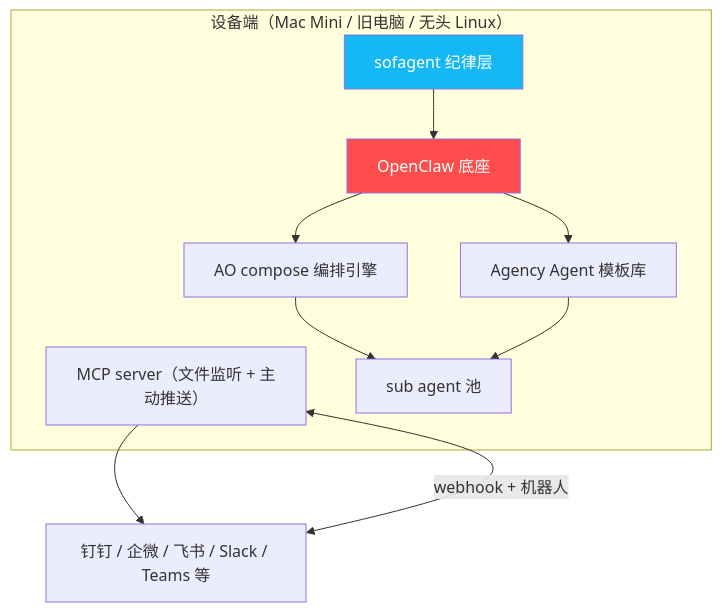
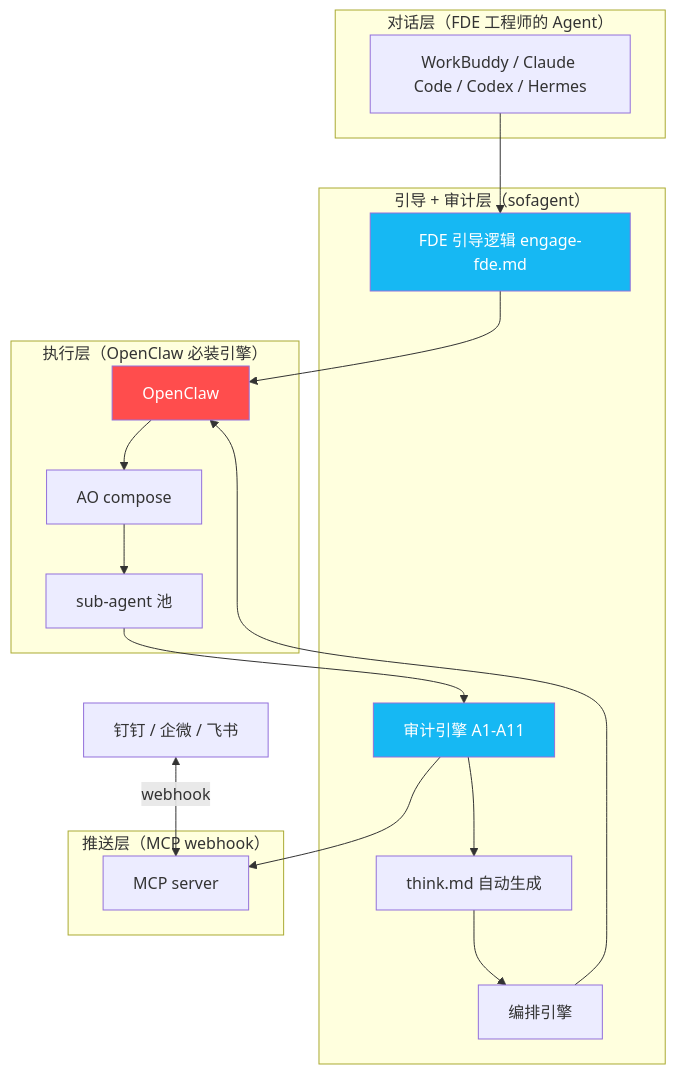
The diagram in ROADMAP.md (KongFangXun/sofagent), drawn with Mermaid before and after one commit. The commit also changed other lines of this file and 161 other files, not shown here.

````diff
--- a/ROADMAP.md
+++ b/ROADMAP.md
@@ -269,22 +277,39 @@
 ```mermaid
 flowchart TB
-    subgraph device["设备端（Mac Mini / 旧电脑 / 无头 Linux）"]
-        sofagent["sofagent 纪律层"]
-        oc["OpenClaw 底座"]
-        ao["AO compose 编排引擎"]
-        agency["Agency Agent 模板库"]
-        mcp["MCP server（文件监听 + 主动推送）"]
-        sub["sub agent 池"]
+    subgraph front["对话层（FDE 工程师的 Agent）"]
+        agent["WorkBuddy / Claude Code / Codex / Hermes"]
     end
 
-    企业平台["钉钉 / 企微 / 飞书 / Slack / Teams 等"] <-->|"webhook + 机器人"| mcp
-    sofagent --> oc
+    subgraph core["引导 + 审计层（sofagent）"]
+        fde["FDE 引导逻辑 engage-fde.md"]
+        audit["审计引擎 A1-A11"]
+        think["think.md 自动生成"]
+        orch["编排引擎"]
+    end
+
+    subgraph engine["执行层（OpenClaw 必装引擎）"]
+        oc["OpenClaw"]
+        ao["AO compose"]
+        sub_pool["sub-agent 池"]
+    end
+
+    subgraph push["推送层（MCP webhook）"]
+        mcp["MCP server"]
+    end
+
+    企业平台["钉钉 / 企微 / 飞书"] <-->|"webhook"| mcp
+
+    agent --> fde
+    fde --> oc
     oc --> ao
-    oc --> agency
-    ao --> sub
-    agency --> sub
-    mcp --> 企业平台
+    ao --> sub_pool
+    sub_pool --> audit
+    audit --> think
+    think --> orch
+    orch --> oc
+    audit --> mcp
 
-    style sofagent fill:#16B8F3,color:#fff
+    style fde fill:#16B8F3,color:#fff
+    style audit fill:#16B8F3,color:#fff
     style oc fill:#FF4D4D,color:#fff
 ```
````
